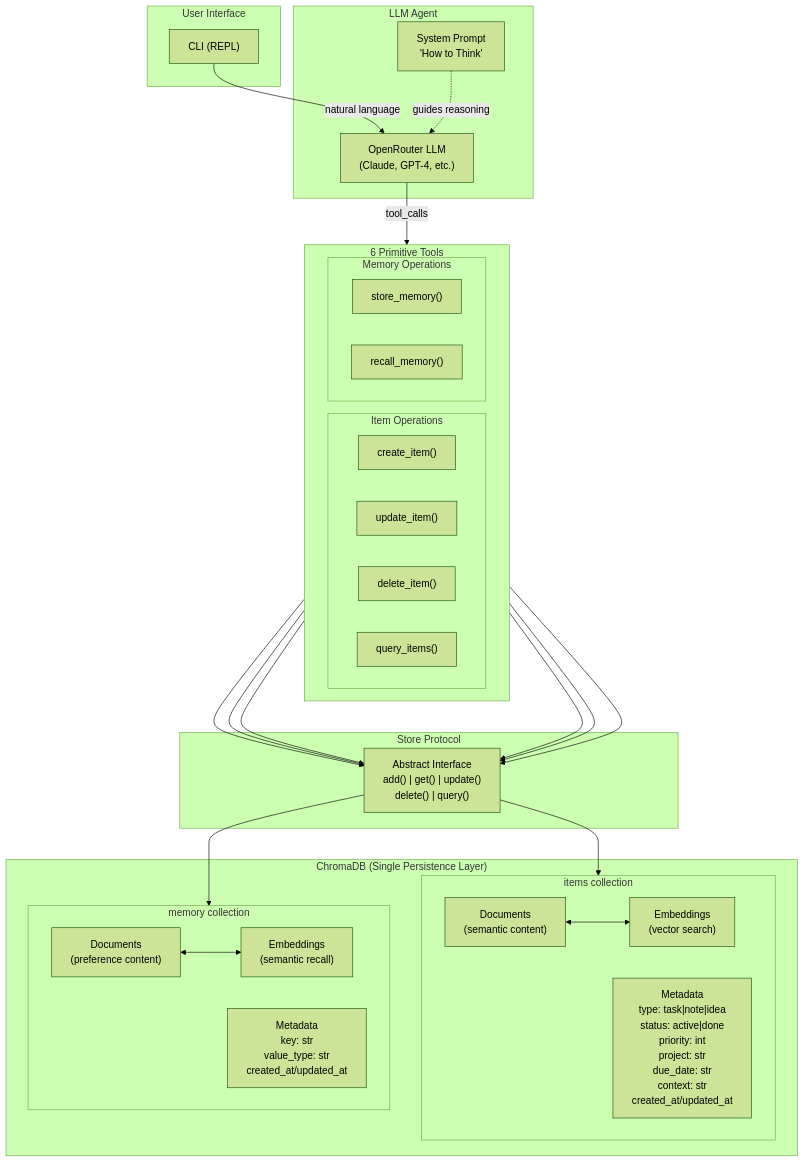
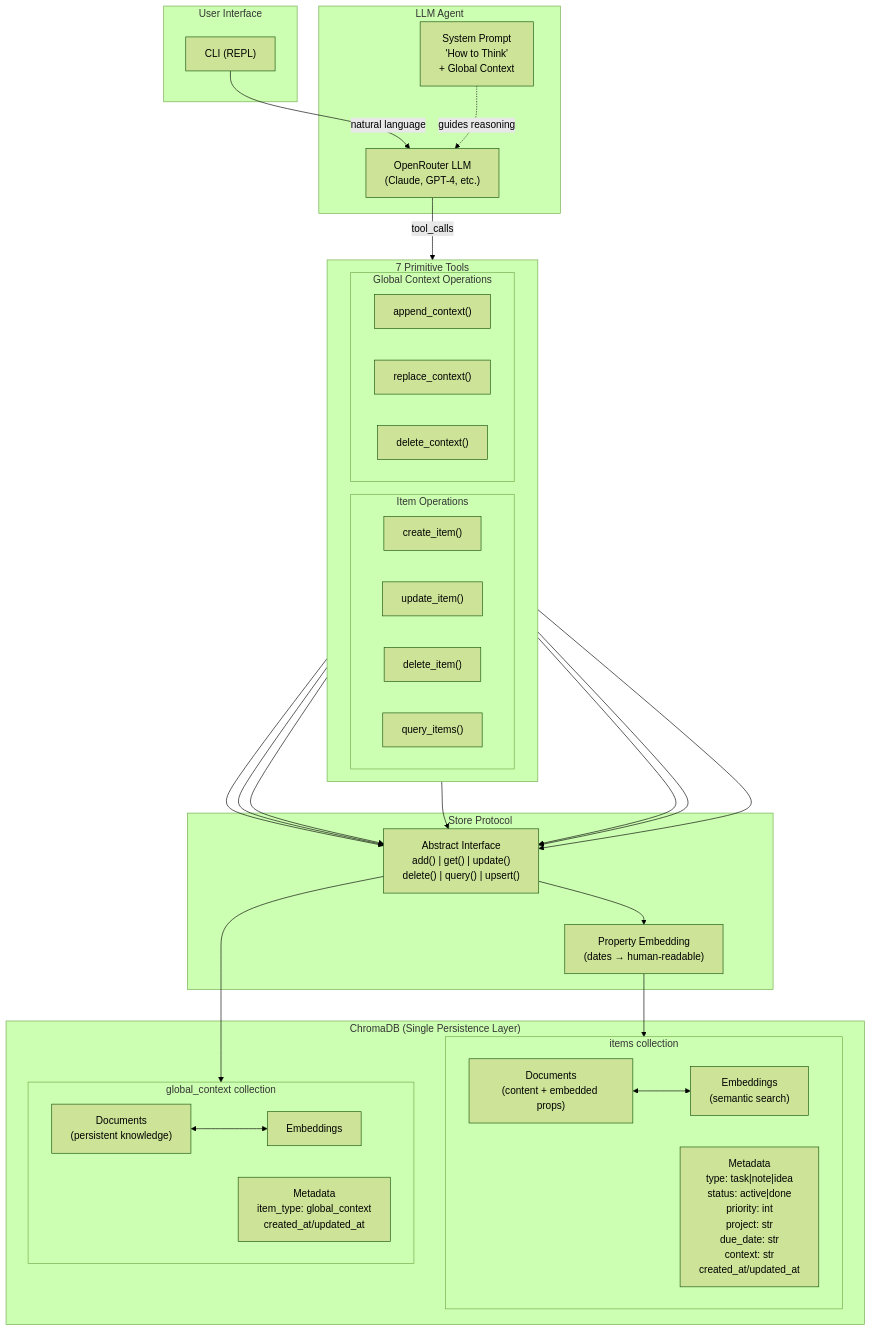
The diagram in docs/diagrams.md (AlteredCraft/agent-native-architecture), drawn with Mermaid (forest theme) before and after one commit. The commit also changed other lines of this file and 2 other files, not shown here.

Commit message:
Update docs for property embedding and Global Context
- README: Add property embedding explanation, update project structure
  with tests/ and migration script, fix tool count (6→7)
- diagrams.md: Replace memory tools with Global Context tools, add
  property embedding to Store Protocol, update data flow examples
- system.md: Add guidance for querying with human-readable date format
  to match embedded properties

🤖 Generated with [Claude Code](https://claude.com/claude-code)

````diff
--- a/docs/diagrams.md
+++ b/docs/diagrams.md
@@ -7,59 +7,63 @@
 ```mermaid
 flowchart TB
     subgraph User["User Interface"]
         CLI["CLI (REPL)"]
     end
 
     subgraph Agent["LLM Agent"]
         LLM["OpenRouter LLM<br/>(Claude, GPT-4, etc.)"]
-        SysPrompt["System Prompt<br/>'How to Think'"]
+        SysPrompt["System Prompt<br/>'How to Think'<br/>+ Global Context"]
     end
 
-    subgraph Tools["6 Primitive Tools"]
+    subgraph Tools["7 Primitive Tools"]
         direction LR
         subgraph ItemOps["Item Operations"]
             create["create_item()"]
             update["update_item()"]
             delete["delete_item()"]
             query["query_items()"]
         end
-        subgraph MemoryOps["Memory Operations"]
-            store_mem["store_memory()"]
-            recall["recall_memory()"]
+        subgraph ContextOps["Global Context Operations"]
+            append["append_context()"]
+            replace["replace_context()"]
+            delete_ctx["delete_context()"]
         end
     end
 
     subgraph Protocol["Store Protocol"]
-        StoreAPI["Abstract Interface<br/>add() | get() | update()<br/>delete() | query()"]
+        StoreAPI["Abstract Interface<br/>add() | get() | update()<br/>delete() | query() | upsert()"]
+        PropEmbed["Property Embedding<br/>(dates → human-readable)"]
     end
 
     subgraph ChromaDB["ChromaDB (Single Persistence Layer)"]
         subgraph ItemsCollection["items collection"]
-            ItemDoc["Documents<br/>(semantic content)"]
-            ItemEmbed["Embeddings<br/>(vector search)"]
+            ItemDoc["Documents<br/>(content + embedded props)"]
+            ItemEmbed["Embeddings<br/>(semantic search)"]
             ItemMeta["Metadata<br/>type: task|note|idea<br/>status: active|done<br/>priority: int<br/>project: str<br/>due_date: str<br/>context: str<br/>created_at/updated_at"]
         end
-        subgraph MemoryCollection["memory collection"]
-            MemDoc["Documents<br/>(preference content)"]
-            MemEmbed["Embeddings<br/>(semantic recall)"]
-            MemMeta["Metadata<br/>key: str<br/>value_type: str<br/>created_at/updated_at"]
+        subgraph GCCollection["global_context collection"]
+            GCDoc["Documents<br/>(persistent knowledge)"]
+            GCEmbed["Embeddings"]
+            GCMeta["Metadata<br/>item_type: global_context<br/>created_at/updated_at"]
         end
     end
 
     CLI -->|"natural language"| LLM
     SysPrompt -.->|"guides reasoning"| LLM
     LLM -->|"tool_calls"| Tools
 
     create --> StoreAPI
     update --> StoreAPI
     delete --> StoreAPI
     query --> StoreAPI
-    store_mem --> StoreAPI
-    recall --> StoreAPI
+    append --> StoreAPI
+    replace --> StoreAPI
+    delete_ctx --> StoreAPI
 
-    StoreAPI --> ItemsCollection
-    StoreAPI --> MemoryCollection
+    StoreAPI --> PropEmbed
+    PropEmbed --> ItemsCollection
+    StoreAPI --> GCCollection
 
     ItemDoc <--> ItemEmbed
-    MemDoc <--> MemEmbed
+    GCDoc <--> GCEmbed
 ```
````
